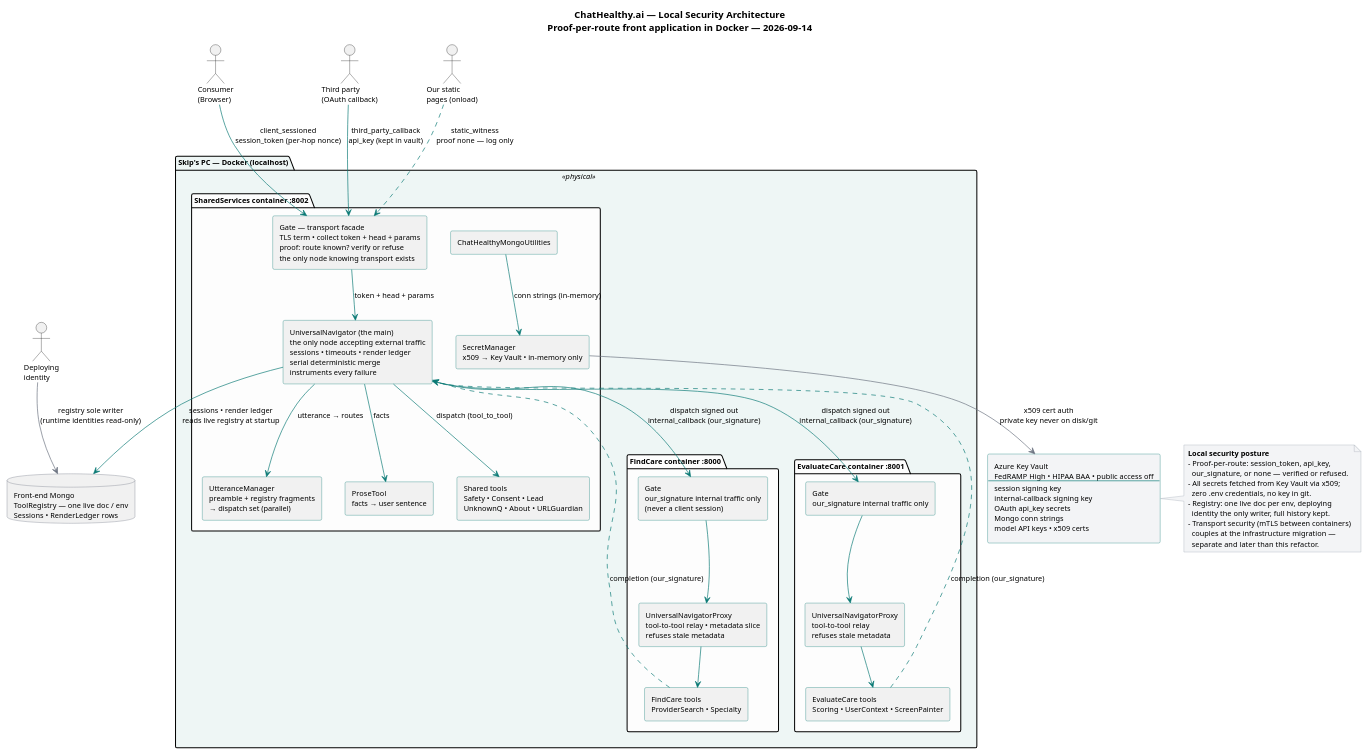
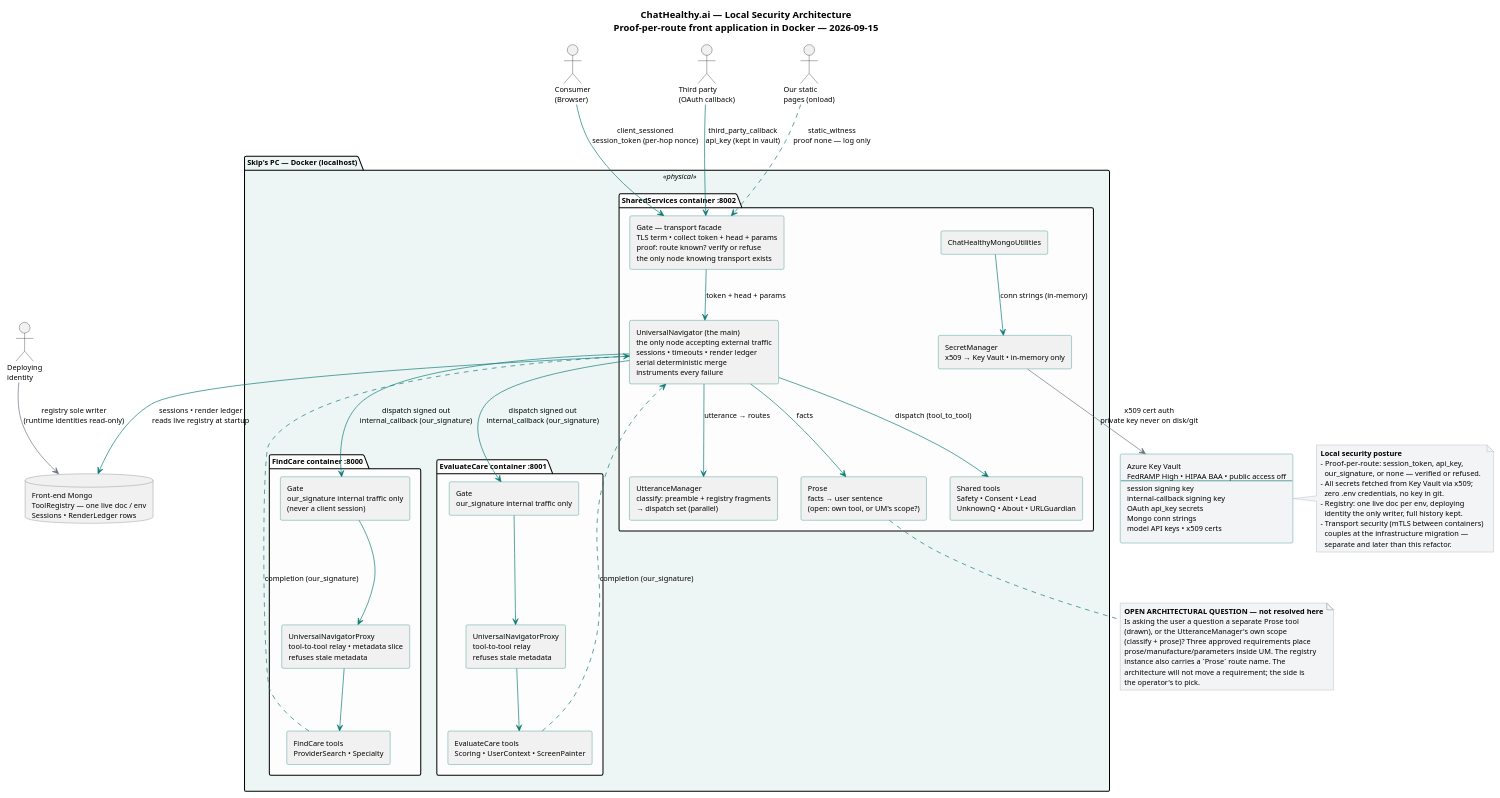
The diagram in brain/machine_artifacts/diagramsAndImages/sources/security_architecture_local.puml (SkipSnow/ChatHealthyRepo), drawn with PlantUML before and after one commit. The commit also changed 125 other files, not shown here.

```diff
--- a/brain/machine_artifacts/diagramsAndImages/sources/security_architecture_local.puml
+++ b/brain/machine_artifacts/diagramsAndImages/sources/security_architecture_local.puml
@@ -1,90 +1,101 @@
 @startuml
 skinparam componentStyle rectangle
 skinparam shadowing false
 skinparam defaultFontName Segoe UI
 skinparam defaultFontSize 11
 skinparam ArrowColor #0b7a75
 skinparam ComponentBorderColor #0b7a75
 skinparam DatabaseBorderColor #6b7280
 skinparam NoteBackgroundColor #f3f4f6
 skinparam NoteBorderColor #9ca3af
 
-title ChatHealthy.ai — Local Security Architecture\nProof-per-route front application in Docker — 2026-09-14
+title ChatHealthy.ai — Local Security Architecture\nProof-per-route front application in Docker — 2026-09-15
 
 ' ── the five incoming call types originate outside the host ──
 actor "Consumer\n(Browser)" as user
 actor "Third party\n(OAuth callback)" as third
 actor "Our static\npages (onload)" as static
 
 package "Skip's PC — Docker (localhost)" as host <<physical>> #eef6f5 {
 
   package "SharedServices container :8002" as c_ss #fdfdfd {
     component [Gate — transport facade\nTLS term • collect token + head + params\nproof: route known? verify or refuse\nthe only node knowing transport exists] as gate_ss
     component [UniversalNavigator (the main)\nthe only node accepting external traffic\nsessions • timeouts • render ledger\nserial deterministic merge\ninstruments every failure] as nav
-    component [UtteranceManager\npreamble + registry fragments\n→ dispatch set (parallel)] as um
-    component [ProseTool\nfacts → user sentence] as prose
+    component [UtteranceManager\nclassify: preamble + registry fragments\n→ dispatch set (parallel)] as um
+    component [Prose\nfacts → user sentence\n(open: own tool, or UM's scope?)] as prose
     component [Shared tools\nSafety • Consent • Lead\nUnknownQ • About • URLGuardian] as shared
     component [SecretManager\nx509 → Key Vault • in-memory only] as secrets
     component [ChatHealthyMongoUtilities] as mongo_util
   }
 
   package "FindCare container :8000" as c_fc #fdfdfd {
     component [Gate\nour_signature internal traffic only\n(never a client session)] as gate_fc
     component [UniversalNavigatorProxy\ntool-to-tool relay • metadata slice\nrefuses stale metadata] as proxy_fc
     component [FindCare tools\nProviderSearch • Specialty] as fc_tools
   }
 
   package "EvaluateCare container :8001" as c_ec #fdfdfd {
     component [Gate\nour_signature internal traffic only] as gate_ec
     component [UniversalNavigatorProxy\ntool-to-tool relay\nrefuses stale metadata] as proxy_ec
     component [EvaluateCare tools\nScoring • UserContext • ScreenPainter] as ec_tools
   }
 }
 
 database "Front-end Mongo\nToolRegistry — one live doc / env\nSessions • RenderLedger rows" as mongo
 component [Azure Key Vault\nFedRAMP High • HIPAA BAA • public access off\n----\nsession signing key\ninternal-callback signing key\nOAuth api_key secrets\nMongo conn strings\nmodel API keys • x509 certs] as kv #f3f4f6
 actor "Deploying\nidentity" as deployer
 
 ' ── incoming external calls: each proven at the gate ──
 user   --> gate_ss : client_sessioned\nsession_token (per-hop nonce)
 third  --> gate_ss : third_party_callback\napi_key (kept in vault)
 static ..> gate_ss : static_witness\nproof none — log only
 
 gate_ss --> nav : token + head + params
 
 ' ── the main reads the map and drives the route ──
 nav --> um : utterance → routes
 nav --> prose : facts
 nav --> shared : dispatch (tool_to_tool)
 
+note bottom of prose
+  **OPEN ARCHITECTURAL QUESTION — not resolved here**
+  Is asking the user a question a separate Prose tool
+  (drawn), or the UtteranceManager's own scope
+  (classify + prose)? Three approved requirements place
+  prose/manufacture/parameters inside UM. The registry
+  instance also carries a `Prose` route name. The
+  architecture will not move a requirement; the side is
+  the operator's to pick.
+end note
+
 ' ── cross the wire to a satellite: signed out, signed back ──
 nav --> gate_fc : dispatch signed out\ninternal_callback (our_signature)
 gate_fc --> proxy_fc
 proxy_fc --> fc_tools
 fc_tools ..> nav : completion (our_signature)
 
 nav --> gate_ec : dispatch signed out\ninternal_callback (our_signature)
 gate_ec --> proxy_ec
 proxy_ec --> ec_tools
 ec_tools ..> nav : completion (our_signature)
 
 ' ── state, secrets, and registry write governance ──
 nav --> mongo : sessions • render ledger\nreads live registry at startup
 mongo_util --> secrets : conn strings (in-memory)
 secrets   -[#6b7280]-> kv : x509 cert auth\nprivate key never on disk/git
 deployer  -[#6b7280]-> mongo : registry sole writer\n(runtime identities read-only)
 
 note right of kv
   **Local security posture**
   - Proof-per-route: session_token, api_key,
     our_signature, or none — verified or refused.
   - All secrets fetched from Key Vault via x509;
     zero .env credentials, no key in git.
   - Registry: one live doc per env, deploying
     identity the only writer, full history kept.
   - Transport security (mTLS between containers)
     couples at the infrastructure migration —
     separate and later than this refactor.
 end note
 
 @enduml
```
